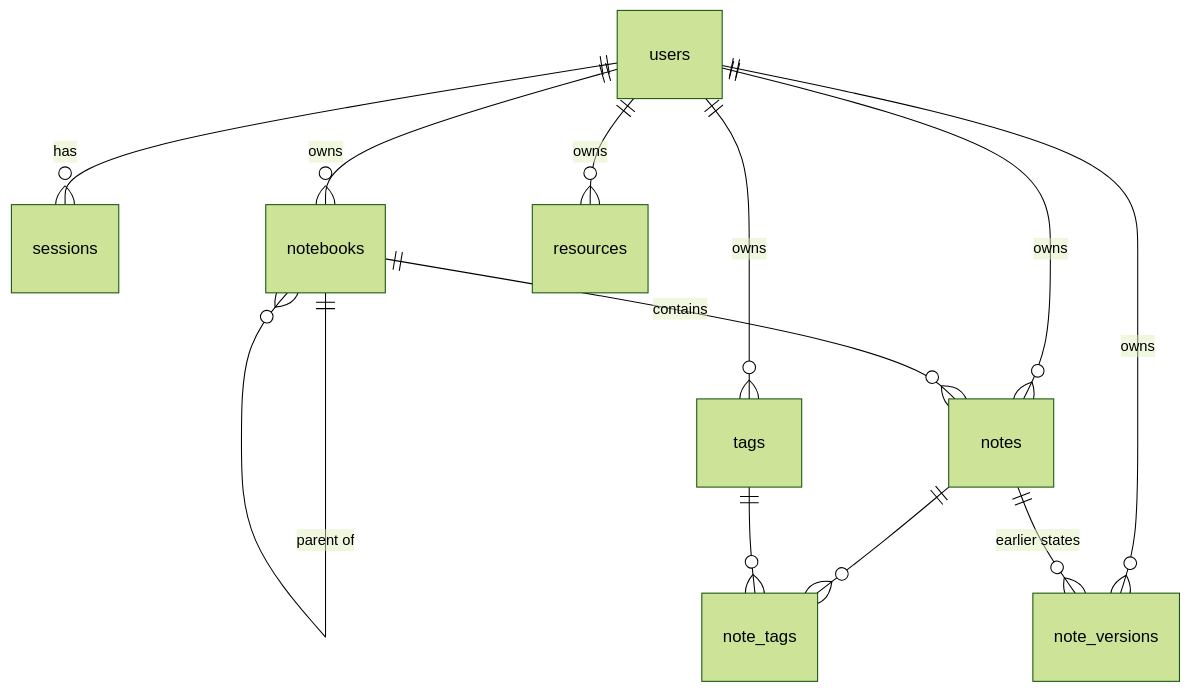
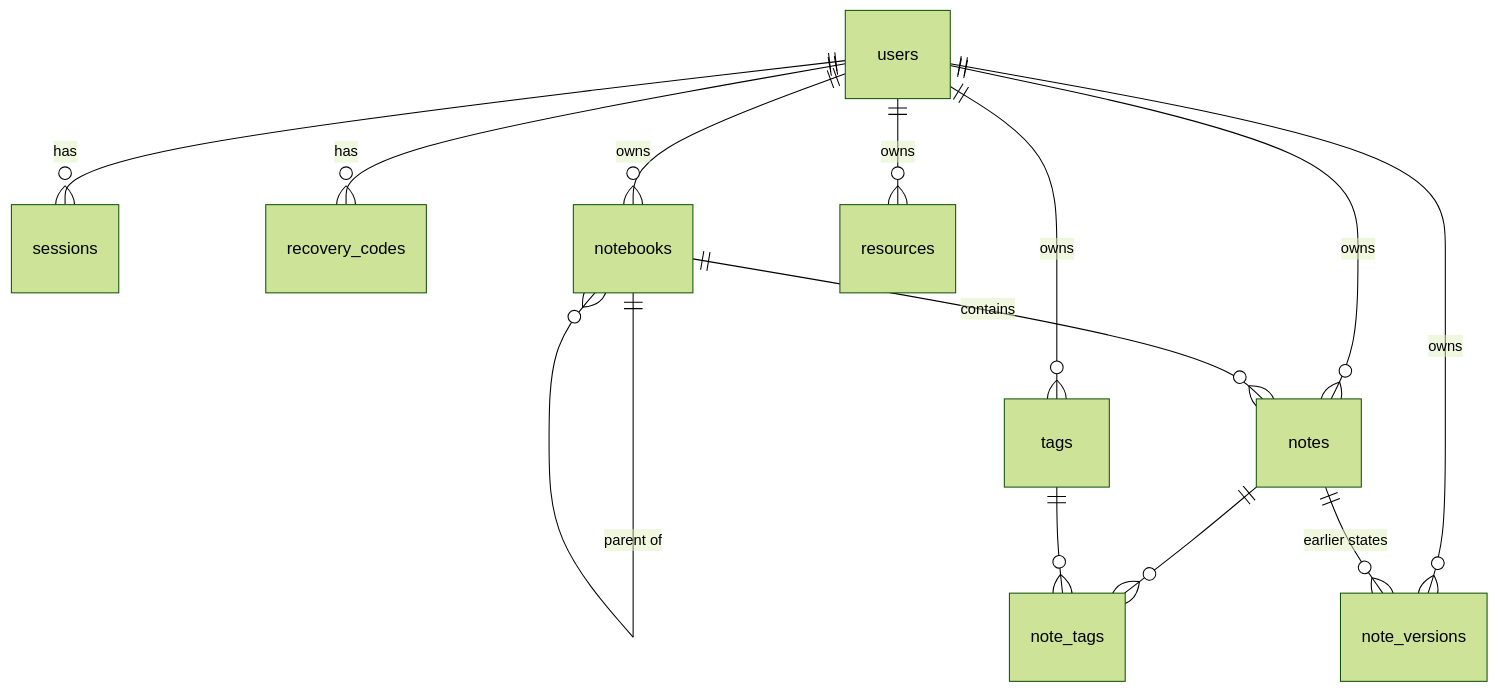
One commit to KamiNeko/notes changed the second of 2 diagrams in docs/architecture/05-building-block-view.md. Above: the diagram before and after it, drawn with Mermaid (forest theme). The commit also changed other lines of this file and 41 other files, not shown here.

````diff
--- a/docs/architecture/05-building-block-view.md
+++ b/docs/architecture/05-building-block-view.md
@@ -58,14 +58,15 @@
 ```mermaid
 erDiagram
     users ||--o{ sessions : has
+    users ||--o{ recovery_codes : has
     users ||--o{ notebooks : owns
     users ||--o{ notes : owns
     users ||--o{ tags : owns
     users ||--o{ resources : owns
     users ||--o{ note_versions : owns
     notebooks ||--o{ notebooks : "parent of"
     notebooks ||--o{ notes : contains
     notes ||--o{ note_tags : ""
     tags ||--o{ note_tags : ""
     notes ||--o{ note_versions : "earlier states"
 ```
````
